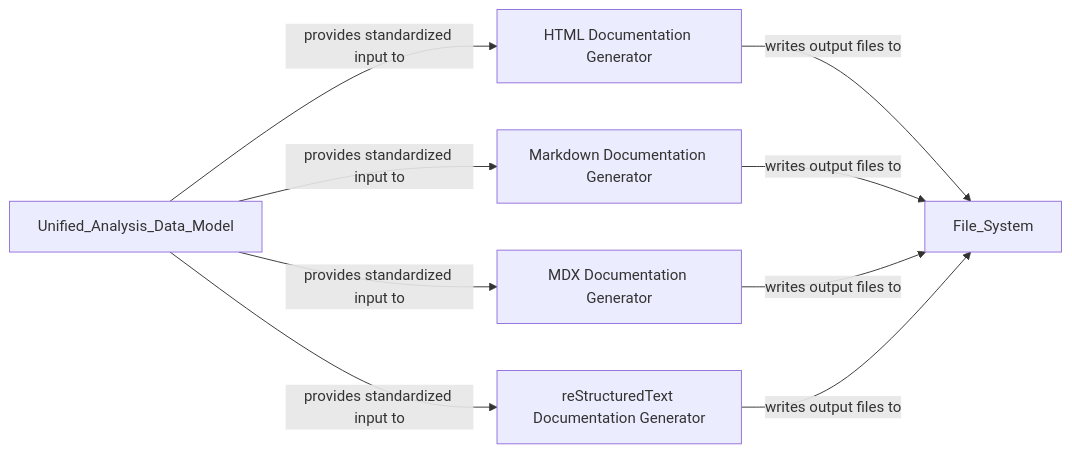
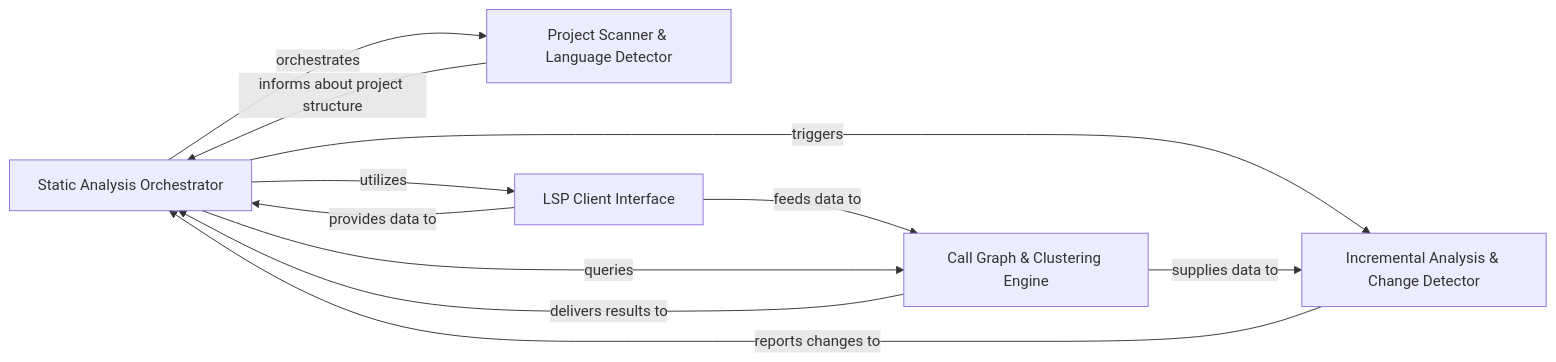
The seventh of 9 diagrams in docs/development/architecture.md (CodeBoarding/CodeBoarding), drawn with Mermaid before and after one commit. The commit also changed other lines of this file and 18 other files, not shown here.

First line of the commit message:
docs: update codeboarding documentation and generate architecture

````diff
--- a/docs/development/architecture.md
+++ b/docs/development/architecture.md
@@ -344,15 +439,18 @@
 ```mermaid
 graph LR
-    HTML_Documentation_Generator["HTML Documentation Generator"]
-    Markdown_Documentation_Generator["Markdown Documentation Generator"]
-    MDX_Documentation_Generator["MDX Documentation Generator"]
-    reStructuredText_Documentation_Generator["reStructuredText Documentation Generator"]
-    Unified_Analysis_Data_Model -- "provides standardized input to" --> HTML_Documentation_Generator
-    Unified_Analysis_Data_Model -- "provides standardized input to" --> Markdown_Documentation_Generator
-    Unified_Analysis_Data_Model -- "provides standardized input to" --> MDX_Documentation_Generator
-    Unified_Analysis_Data_Model -- "provides standardized input to" --> reStructuredText_Documentation_Generator
-    HTML_Documentation_Generator -- "writes output files to" --> File_System
-    Markdown_Documentation_Generator -- "writes output files to" --> File_System
-    MDX_Documentation_Generator -- "writes output files to" --> File_System
-    reStructuredText_Documentation_Generator -- "writes output files to" --> File_System
+    Static_Analysis_Orchestrator["Static Analysis Orchestrator"]
+    Project_Scanner_Language_Detector["Project Scanner & Language Detector"]
+    LSP_Client_Interface["LSP Client Interface"]
+    Call_Graph_Clustering_Engine["Call Graph & Clustering Engine"]
+    Incremental_Analysis_Change_Detector["Incremental Analysis & Change Detector"]
+    Static_Analysis_Orchestrator -- "orchestrates" --> Project_Scanner_Language_Detector
+    Project_Scanner_Language_Detector -- "informs about project structure" --> Static_Analysis_Orchestrator
+    Static_Analysis_Orchestrator -- "utilizes" --> LSP_Client_Interface
+    LSP_Client_Interface -- "provides data to" --> Static_Analysis_Orchestrator
+    Static_Analysis_Orchestrator -- "triggers" --> Incremental_Analysis_Change_Detector
+    Incremental_Analysis_Change_Detector -- "reports changes to" --> Static_Analysis_Orchestrator
+    LSP_Client_Interface -- "feeds data to" --> Call_Graph_Clustering_Engine
+    Call_Graph_Clustering_Engine -- "supplies data to" --> Incremental_Analysis_Change_Detector
+    Static_Analysis_Orchestrator -- "queries" --> Call_Graph_Clustering_Engine
+    Call_Graph_Clustering_Engine -- "delivers results to" --> Static_Analysis_Orchestrator
 ```
````
